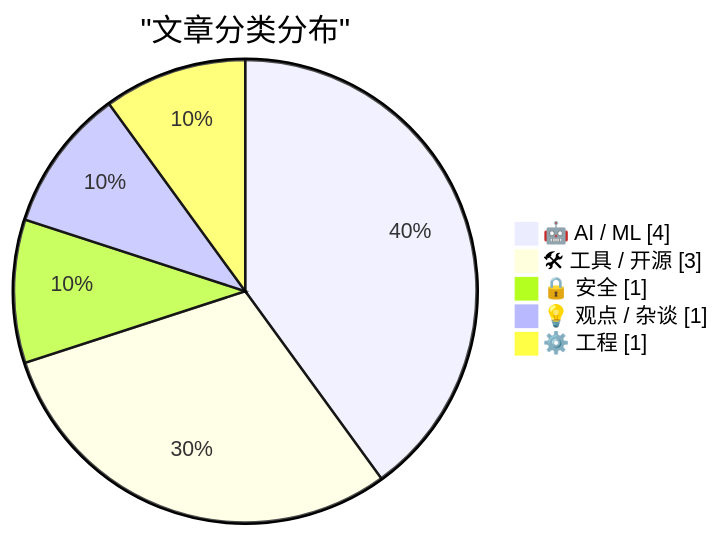
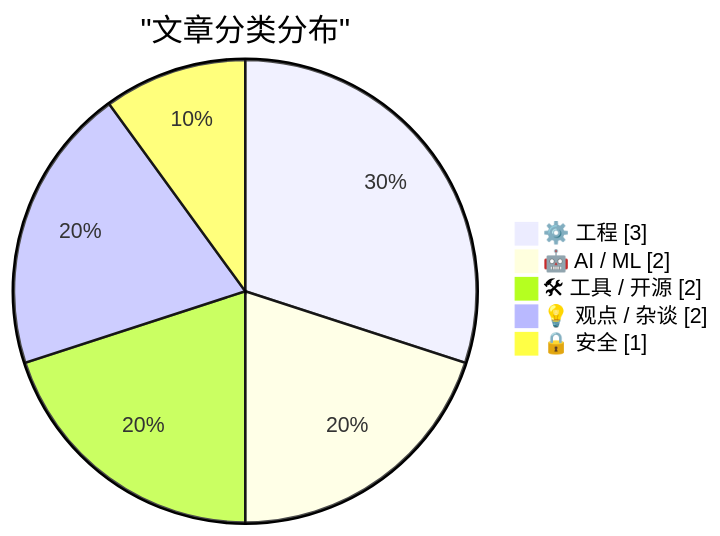
One commit to originem0/SZBlog changed the first of 2 diagrams in content/ai-daily/2026-03-26.md. Above: the diagram before and after it, drawn with Mermaid. The commit also changed other lines of this file, not shown here.

````diff
--- a/content/ai-daily/2026-03-26.md
+++ b/content/ai-daily/2026-03-26.md
@@ -56,9 +60,9 @@
 ```mermaid
 pie showData
     title "文章分类分布"
-    "🤖 AI / ML" : 4
-    "🛠 工具 / 开源" : 3
+    "⚙️ 工程" : 3
+    "🤖 AI / ML" : 2
+    "🛠 工具 / 开源" : 2
+    "💡 观点 / 杂谈" : 2
     "🔒 安全" : 1
-    "💡 观点 / 杂谈" : 1
-    "⚙️ 工程" : 1
 ```
````
